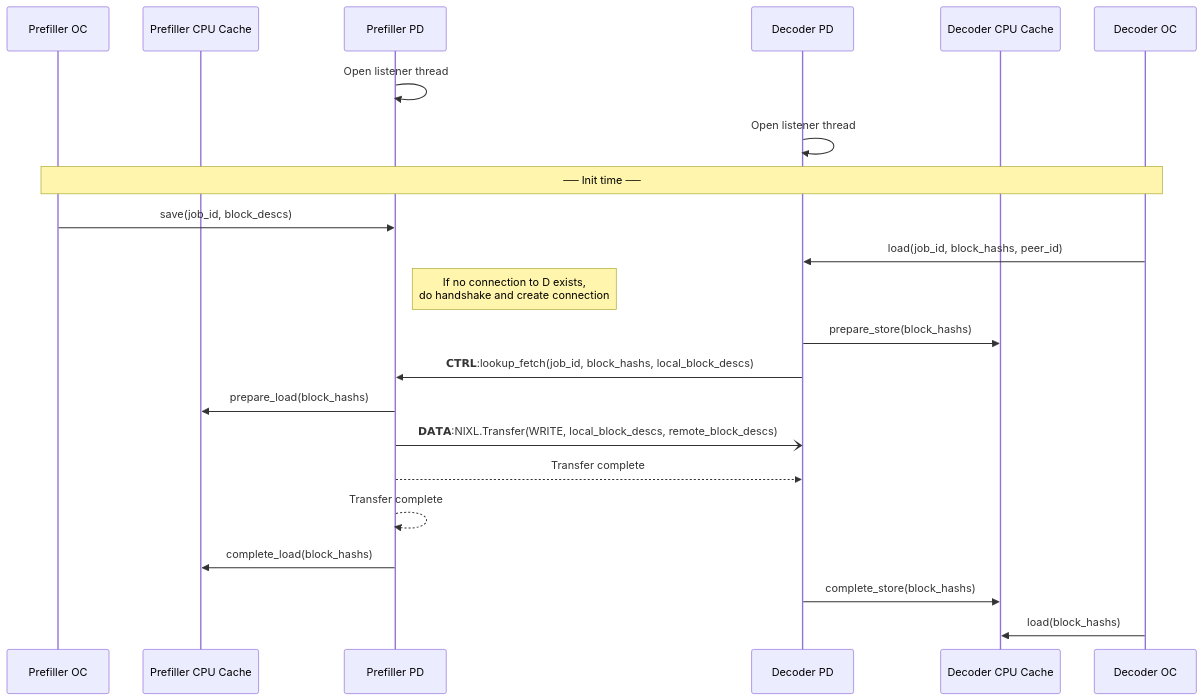
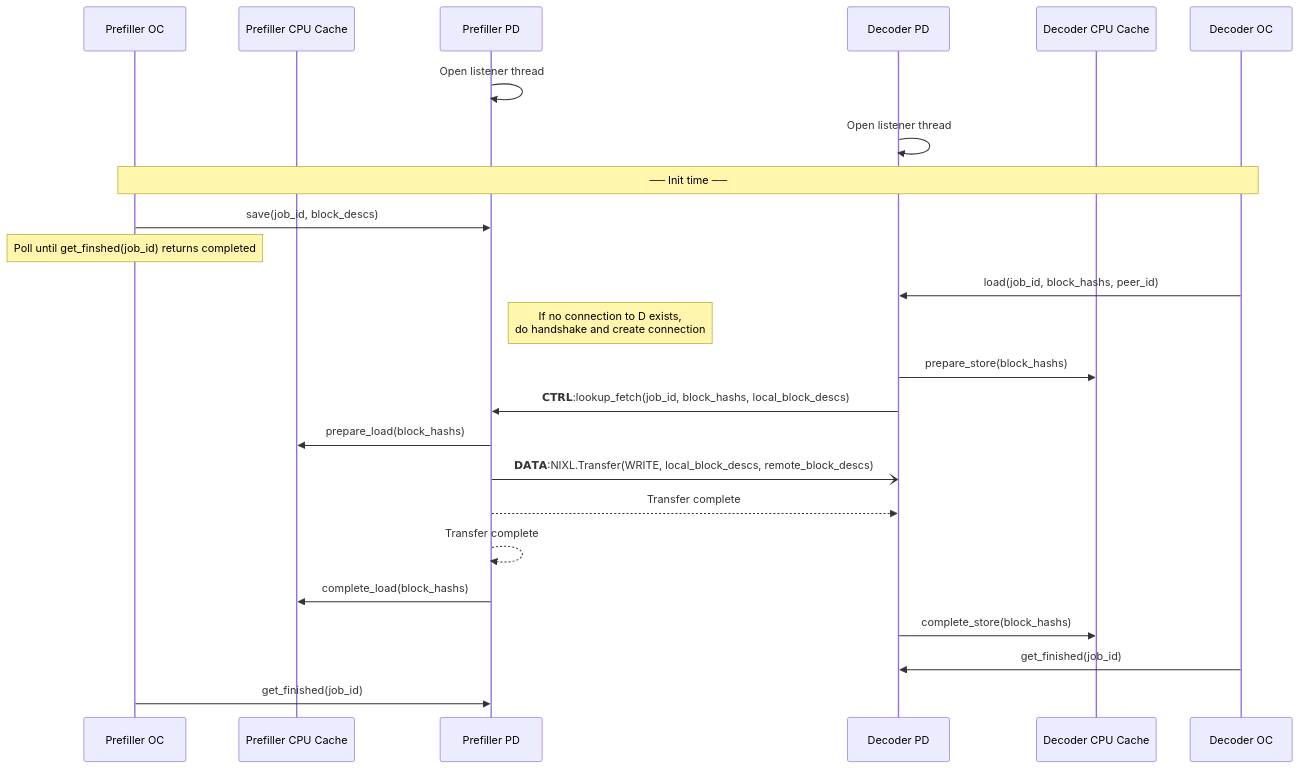
The second of 2 diagrams in pd-connector/docs/PD-Connector.md (liranschour/my-utils), drawn with Mermaid before and after one commit. The commit also changed other lines of this file and 5 other files, not shown here.

````diff
--- a/pd-connector/docs/PD-Connector.md
+++ b/pd-connector/docs/PD-Connector.md
@@ -75,34 +75,39 @@
 ```mermaid
 sequenceDiagram
     participant Prefiller_OC as Prefiller OC
     participant Prefiller_CPU_Cache as Prefiller CPU Cache
     participant Prefiller_PD as Prefiller PD
     participant Decoder_PD as Decoder PD
     participant Decoder_CPU_Cache as Decoder CPU Cache
     participant Decoder_OC as Decoder OC
 
     Prefiller_PD->>Prefiller_PD: Open listener thread
     Decoder_PD->>Decoder_PD: Open listener thread
 
     Note over Prefiller_OC,Decoder_OC: ── Init time ──
 
     Prefiller_OC->>Prefiller_PD: save(job_id, block_descs)
+
+    Note over Prefiller_OC: Poll until get_finshed(job_id) returns completed
 
     Decoder_OC->>Decoder_PD: load(job_id, block_hashs, peer_id)
     Note right of Prefiller_PD: If no connection to D exists,<br/>do handshake and create connection
 
     Decoder_PD->>Decoder_CPU_Cache: prepare_store(block_hashs)
 
     Decoder_PD->>Prefiller_PD: 𝗖𝗧𝗥𝗟:lookup_fetch(job_id, block_hashs, local_block_descs)
 
     Prefiller_PD->>Prefiller_CPU_Cache: prepare_load(block_hashs)
 
     Prefiller_PD-)Decoder_PD: 𝗗𝗔𝗧𝗔:NIXL.Transfer(WRITE, local_block_descs, remote_block_descs)
 
     Prefiller_PD-->>Decoder_PD: Transfer complete
     Prefiller_PD-->>Prefiller_PD: Transfer complete
     Prefiller_PD->>Prefiller_CPU_Cache: complete_load(block_hashs)
     Decoder_PD->>Decoder_CPU_Cache: complete_store(block_hashs)
 
-    Decoder_OC->>Decoder_CPU_Cache: load(block_hashs)
+
+    Decoder_OC->>Decoder_PD: get_finished(job_id)
+    Prefiller_OC->>Prefiller_PD: get_finished(job_id)
+
 ```
````
